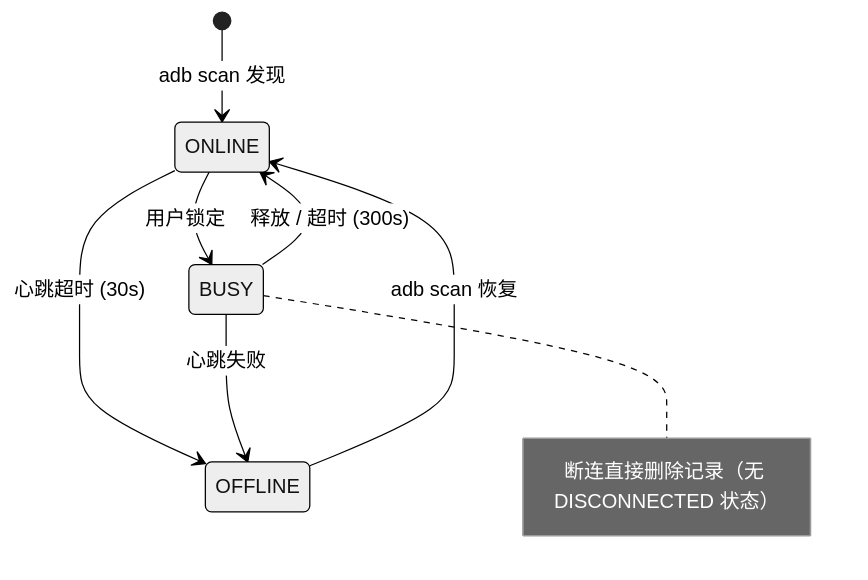
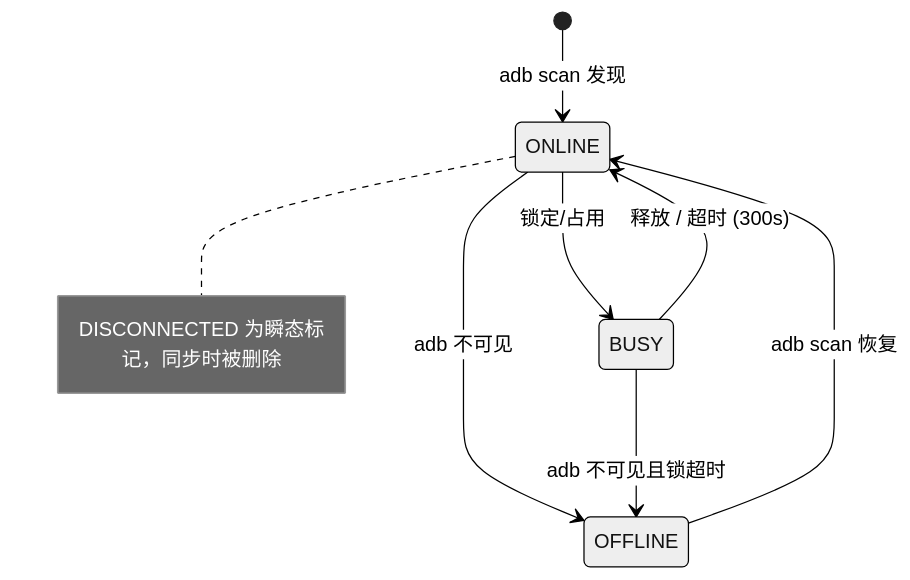
One commit to Kahoku-lazy/Android-AutoTests changed the sixth of 6 diagrams in dev_docs/03-设计与架构/ARCH-02-设备管理.md. Above: the diagram before and after it, drawn with Mermaid (neutral theme). The commit also changed other lines of this file and 77 other files, not shown here.

````diff
--- a/dev_docs/03-设计与架构/ARCH-02-设备管理.md
+++ b/dev_docs/03-设计与架构/ARCH-02-设备管理.md
@@ -236,13 +355,13 @@
 ```mermaid
 stateDiagram-v2
     [*] --> ONLINE: adb scan 发现
     OFFLINE --> ONLINE: adb scan 恢复
 
-    ONLINE --> BUSY: 用户锁定
-    ONLINE --> OFFLINE: 心跳超时 (30s)
+    ONLINE --> BUSY: 锁定/占用
+    ONLINE --> OFFLINE: adb 不可见
 
     BUSY --> ONLINE: 释放 / 超时 (300s)
-    BUSY --> OFFLINE: 心跳失败
+    BUSY --> OFFLINE: adb 不可见且锁超时
 
-    note right of BUSY: 断连直接删除记录（无 DISCONNECTED 状态）
+    note right of ONLINE: DISCONNECTED 为瞬态标记，同步时被删除
 ```
````
